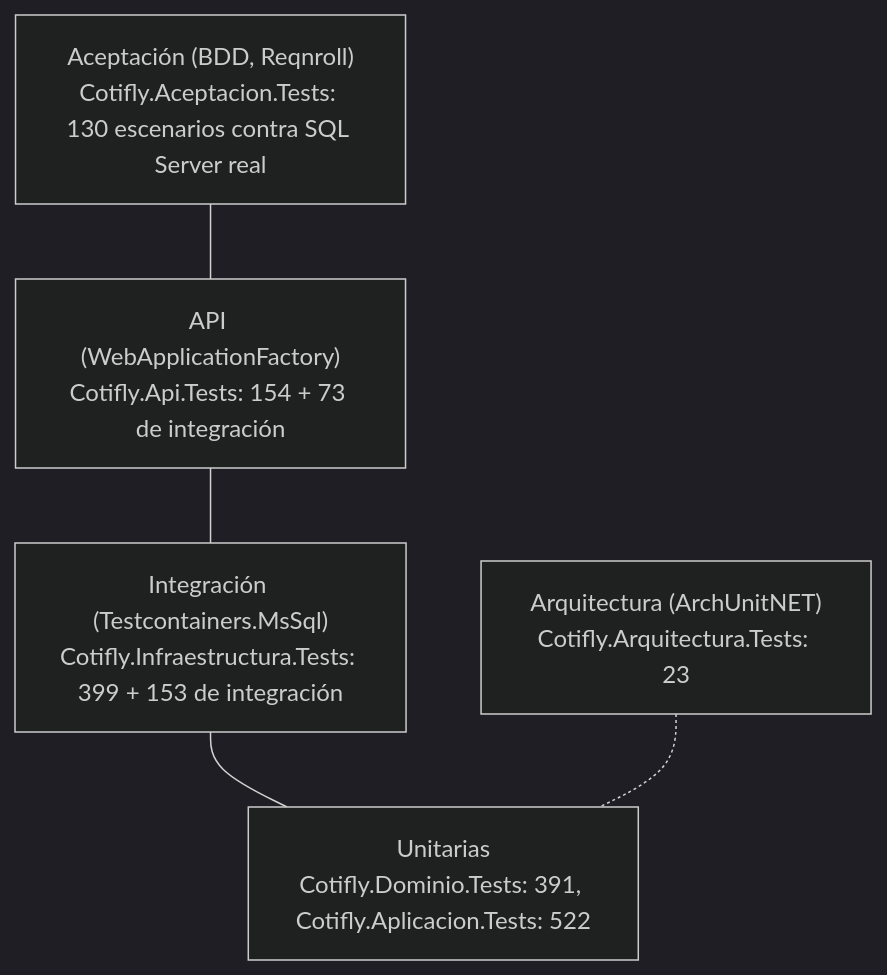
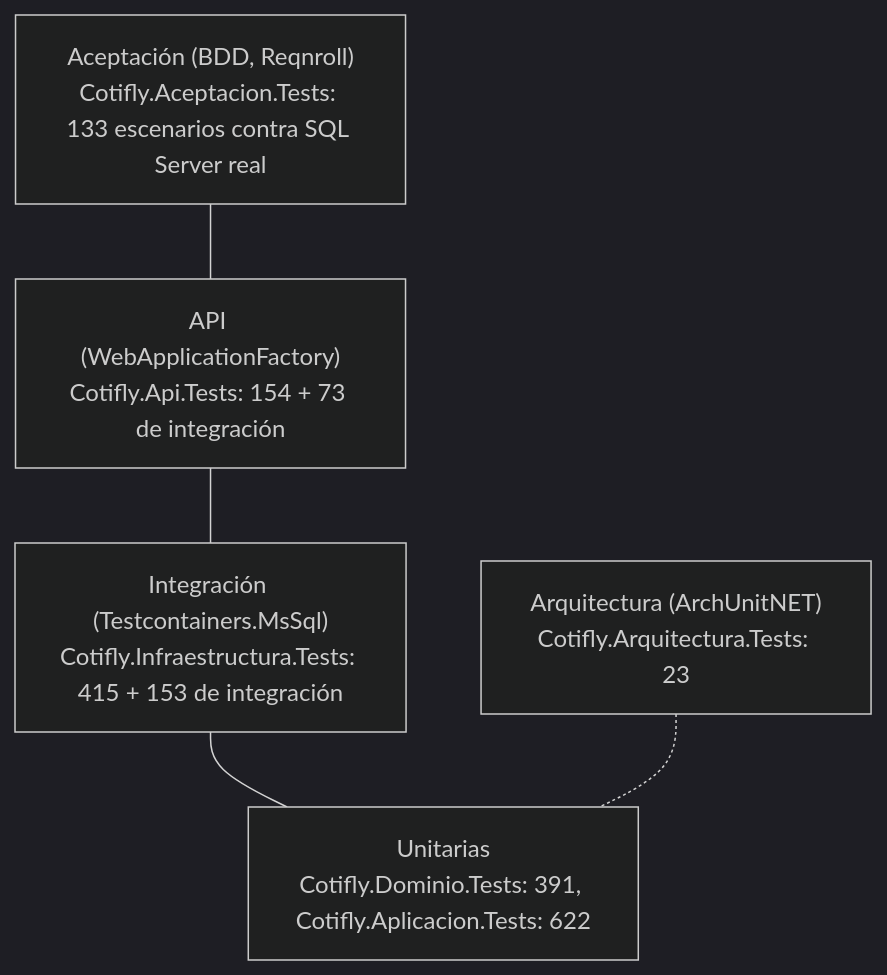
One commit to InnovacionIA-proyectos/Cotifly changed the diagram in backend-dotnet/docs/08-testing.md. Above: the diagram before and after it, drawn with Mermaid (dark theme). The commit also changed other lines of this file and 19 other files, not shown here.

````diff
--- a/backend-dotnet/docs/08-testing.md
+++ b/backend-dotnet/docs/08-testing.md
@@ -19,10 +19,10 @@
 ```mermaid
 flowchart TB
-    acep["Aceptación (BDD, Reqnroll)<br/>Cotifly.Aceptacion.Tests: 130 escenarios contra SQL Server real"]
+    acep["Aceptación (BDD, Reqnroll)<br/>Cotifly.Aceptacion.Tests: 133 escenarios contra SQL Server real"]
     api["API (WebApplicationFactory)<br/>Cotifly.Api.Tests: 154 + 73 de integración"]
-    integ["Integración (Testcontainers.MsSql)<br/>Cotifly.Infraestructura.Tests: 399 + 153 de integración"]
-    unit["Unitarias<br/>Cotifly.Dominio.Tests: 391, Cotifly.Aplicacion.Tests: 522"]
+    integ["Integración (Testcontainers.MsSql)<br/>Cotifly.Infraestructura.Tests: 415 + 153 de integración"]
+    unit["Unitarias<br/>Cotifly.Dominio.Tests: 391, Cotifly.Aplicacion.Tests: 622"]
     arq["Arquitectura (ArchUnitNET)<br/>Cotifly.Arquitectura.Tests: 23"]
     acep --- api --- integ --- unit
     arq -.- unit
 ```
````
